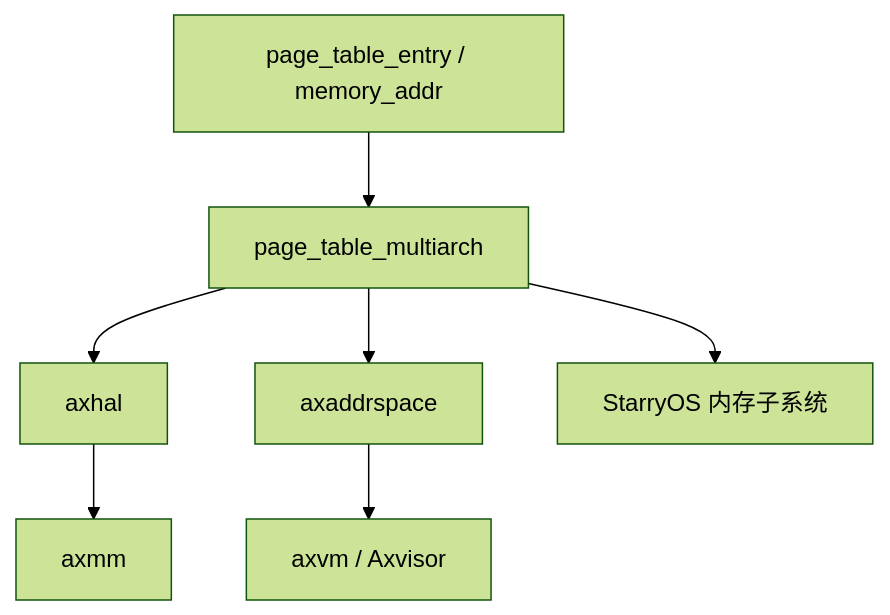
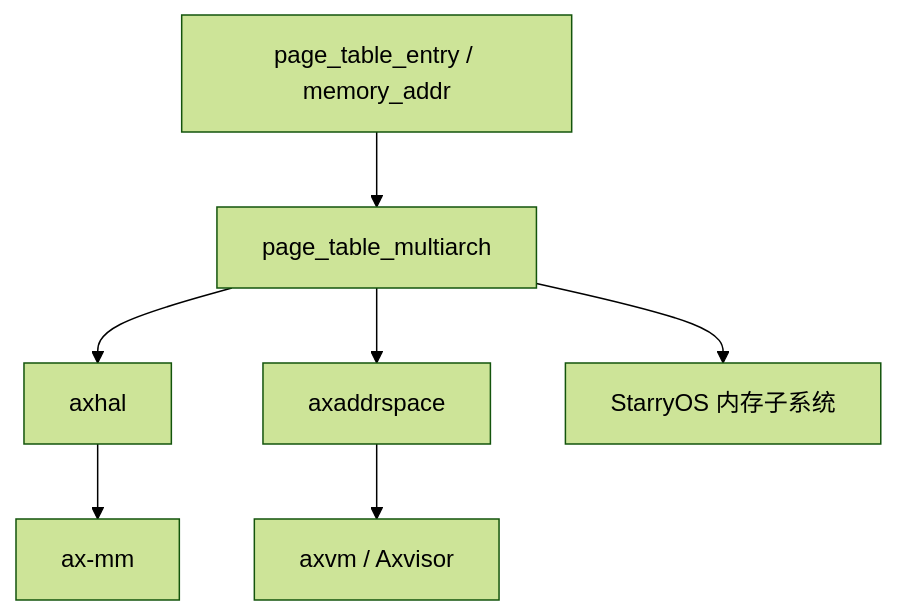
The second of 2 diagrams in docs/crates/page_table_multiarch.md (zKurisu/tgoskits), drawn with Mermaid (forest theme) before and after one commit. The commit also changed other lines of this file and 34 other files, not shown here.

````diff
--- a/docs/crates/page_table_multiarch.md
+++ b/docs/crates/page_table_multiarch.md
@@ -222,9 +222,9 @@
 ```mermaid
 graph TD
     A[page_table_entry / memory_addr] --> B[page_table_multiarch]
     B --> C[axhal]
     B --> D[axaddrspace]
-    C --> E[axmm]
+    C --> E[ax-mm]
     D --> F[axvm / Axvisor]
     B --> G[StarryOS 内存子系统]
 ```
````
